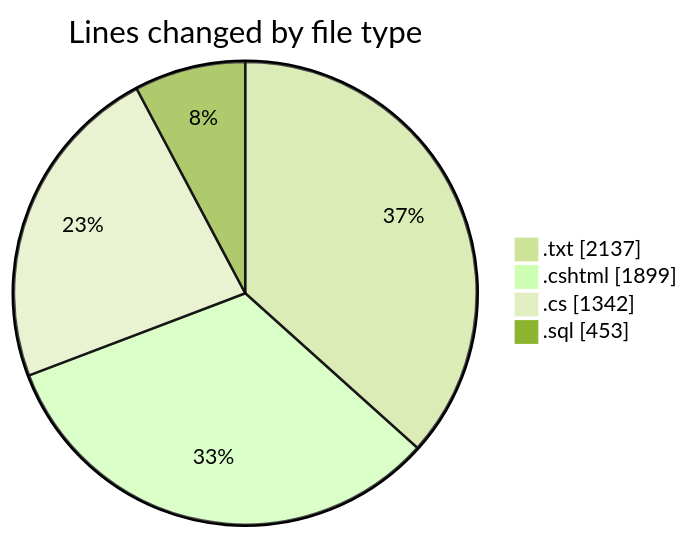
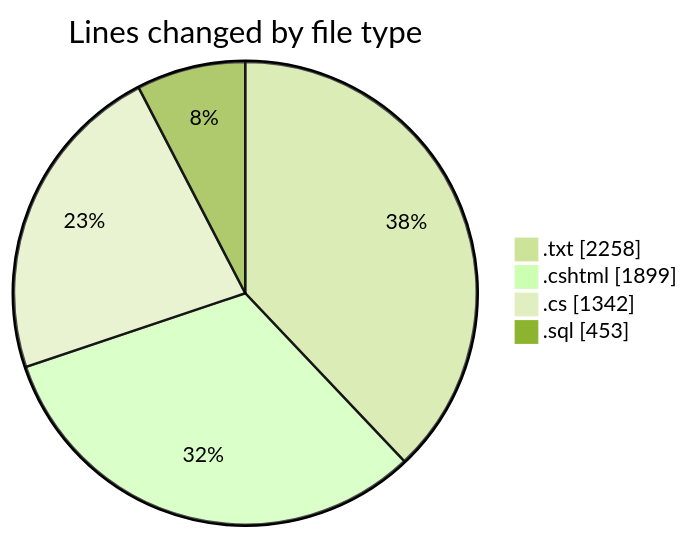
One commit to lephambinh05/code-tracking changed the first of 2 diagrams in 2025-07-25/quanlyrapchieuphim-1/README.md. Above: the diagram before and after it, drawn with Mermaid (forest theme). The commit also changed other lines of this file and 1 other file, not shown here.

````diff
--- a/2025-07-25/quanlyrapchieuphim-1/README.md
+++ b/2025-07-25/quanlyrapchieuphim-1/README.md
@@ -25,8 +25,8 @@
 ```mermaid
 pie showData
 title Lines changed by file type
-".txt" : 2137
+".txt" : 2258
 ".cshtml" : 1899
 ".cs" : 1342
 ".sql" : 453
 ```
````
